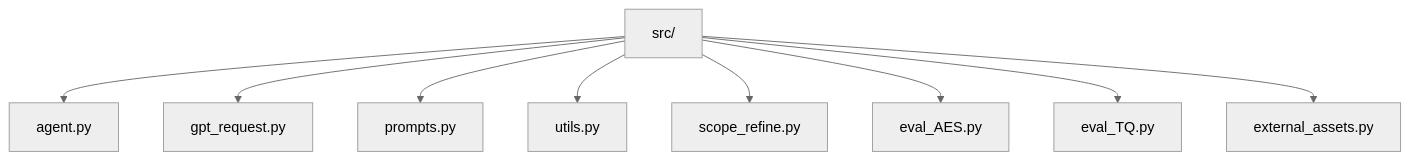
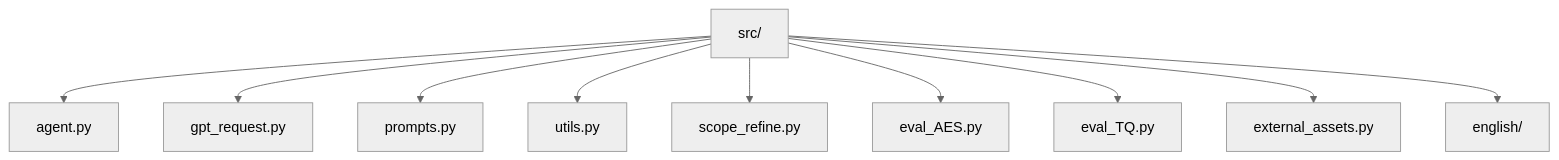
One commit to afanty2021/Code2Video changed the first of 2 diagrams in src/CLAUDE.md. Above: the diagram before and after it, drawn with Mermaid (neutral theme). The commit also changed other lines of this file and 11 other files, not shown here.

````diff
--- a/src/CLAUDE.md
+++ b/src/CLAUDE.md
@@ -9,11 +9,12 @@
 ```mermaid
 graph TD
     A["src/"] --> B["agent.py"];
     A --> C["gpt_request.py"];
     A --> D["prompts.py"];
     A --> E["utils.py"];
     A --> F["scope_refine.py"];
     A --> G["eval_AES.py"];
     A --> H["eval_TQ.py"];
     A --> I["external_assets.py"];
+    A --> J["english/"];
 ```
````
